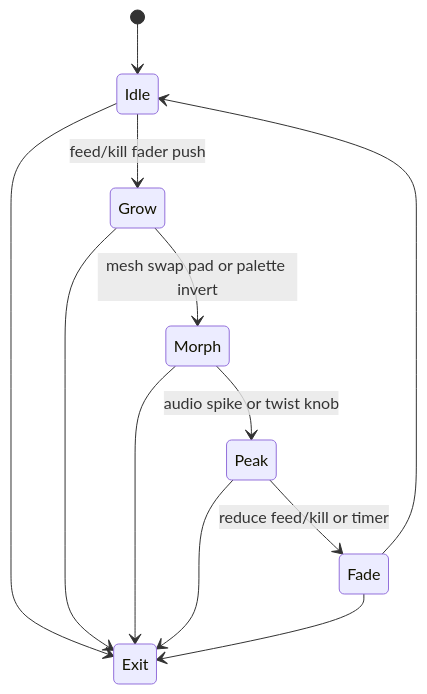
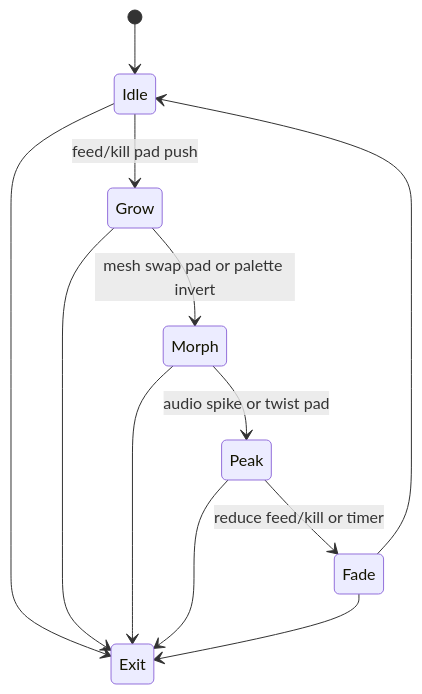
The fourth of 15 diagrams in docs/processing-syphon-idea-board.md (abossard/synesthesia-visuals), drawn with Mermaid before and after one commit. The commit also changed other lines of this file and 1 other file, not shown here.

````diff
--- a/docs/processing-syphon-idea-board.md
+++ b/docs/processing-syphon-idea-board.md
@@ -138,14 +142,14 @@
   ```mermaid
   stateDiagram-v2
     [*] --> Idle
-    Idle --> Grow : feed/kill fader push
+    Idle --> Grow : feed/kill pad push
     Grow --> Morph : mesh swap pad or palette invert
-    Morph --> Peak : audio spike or twist knob
+    Morph --> Peak : audio spike or twist pad
     Peak --> Fade : reduce feed/kill or timer
     Fade --> Idle
     Idle --> Exit
     Grow --> Exit
     Morph --> Exit
     Peak --> Exit
     Fade --> Exit
   ```
````
